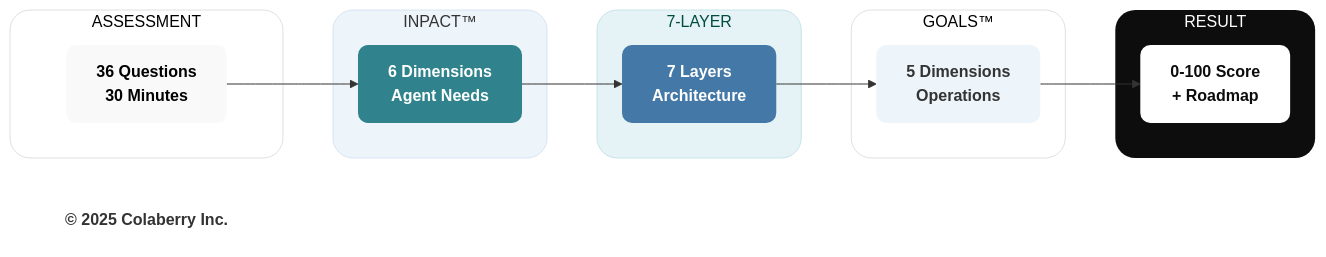
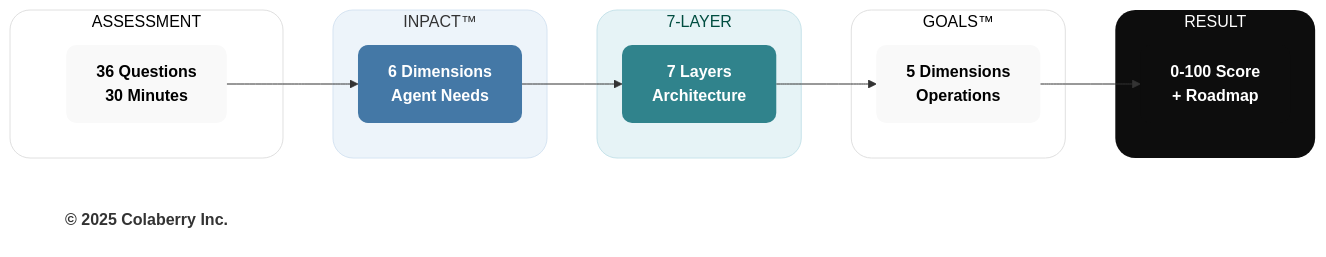
Before and after one commit to saitejesh-cyber/trust-before-intelligence-book: the diagram in mermaid-source/figure-9-2.mmd, drawn with Mermaid. The commit also changed 3 other files, not shown here.

Commit message:
Align figure-9-2/9-3 inner and outer semantic color families

```diff
--- a/mermaid-source/figure-9-2.mmd
+++ b/mermaid-source/figure-9-2.mmd
@@ -1,36 +1,36 @@
 graph LR
     subgraph ASSESS["ASSESSMENT"]
         A1["<b>36 Questions</b><br/><b>30 Minutes</b>"]
     end
     
     subgraph INPACT["INPACT™"]
         I1["<b>6 Dimensions</b><br/><b>Agent Needs</b>"]
     end
     
     subgraph ARCH["7-LAYER"]
         A2["<b>7 Layers</b><br/><b>Architecture</b>"]
     end
     
     subgraph GOALS["GOALS™"]
         G1["<b>5 Dimensions</b><br/><b>Operations</b>"]
     end
     
     subgraph RESULT["RESULT"]
         R1["<b>0-100 Score</b><br/><b>+ Roadmap</b>"]
     end
     
     A1 --> I1 --> A2 --> G1 --> R1
     
     Copyright["<b>© 2025 Colaberry Inc.</b>"]
     
     style ASSESS fill:#ffffff,stroke:#e0e0e0,stroke-width:1px,color:#000000,rx:20,ry:20
     style INPACT fill:#edf4fa,stroke:#d6e4f2,stroke-width:1px,color:#333333,rx:20,ry:20
     style ARCH fill:#e6f3f6,stroke:#c7e3ea,stroke-width:1px,color:#004d40,rx:20,ry:20
     style GOALS fill:#ffffff,stroke:#e0e0e0,stroke-width:1px,color:#000000,rx:20,ry:20
     style RESULT fill:#0D0D0D,stroke:none,color:#ffffff,rx:20,ry:20
     style A1 fill:#f9f9f9,stroke:none,color:#000000,rx:10,ry:10
-    style I1 fill:#30838C,stroke:none,color:#ffffff,rx:10,ry:10
-    style A2 fill:#4478A6,stroke:none,color:#ffffff,rx:10,ry:10
-    style G1 fill:#edf4fa,stroke:none,color:#333333,rx:10,ry:10
-    style R1 fill:#ffffff,stroke:none,color:#0D0D0D,rx:10,ry:10
+    style I1 fill:#4478A6,stroke:none,color:#ffffff,rx:10,ry:10
+    style A2 fill:#30838C,stroke:none,color:#ffffff,rx:10,ry:10
+    style G1 fill:#f9f9f9,stroke:none,color:#000000,rx:10,ry:10
+    style R1 fill:#0D0D0D,stroke:none,color:#ffffff,rx:10,ry:10
     style Copyright fill:none,stroke:none,color:#333333
```
